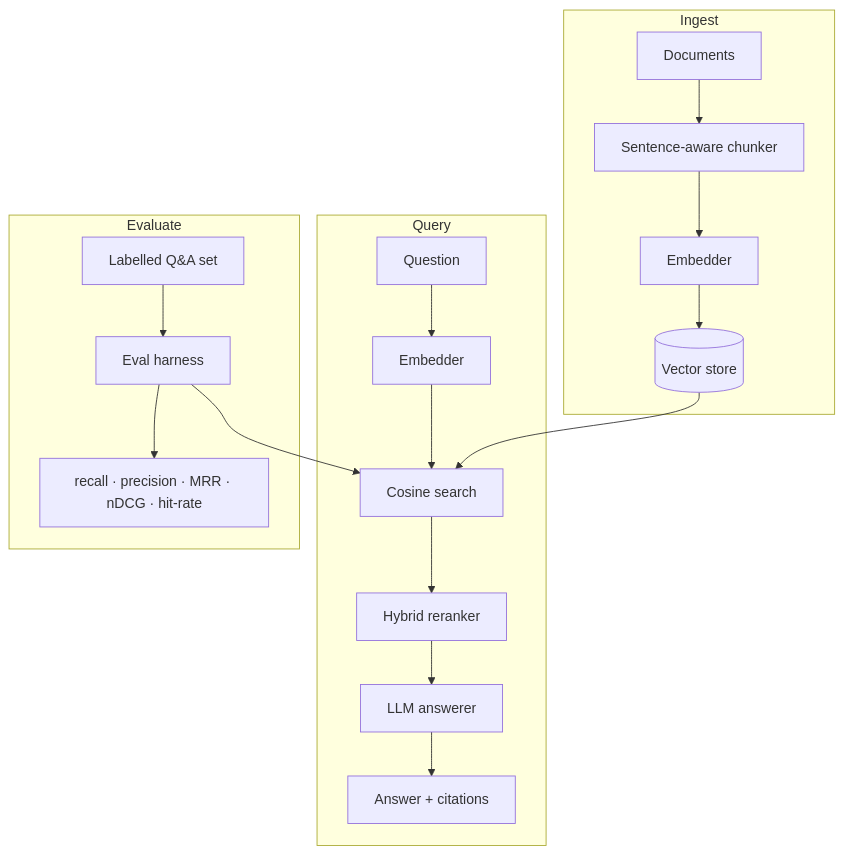
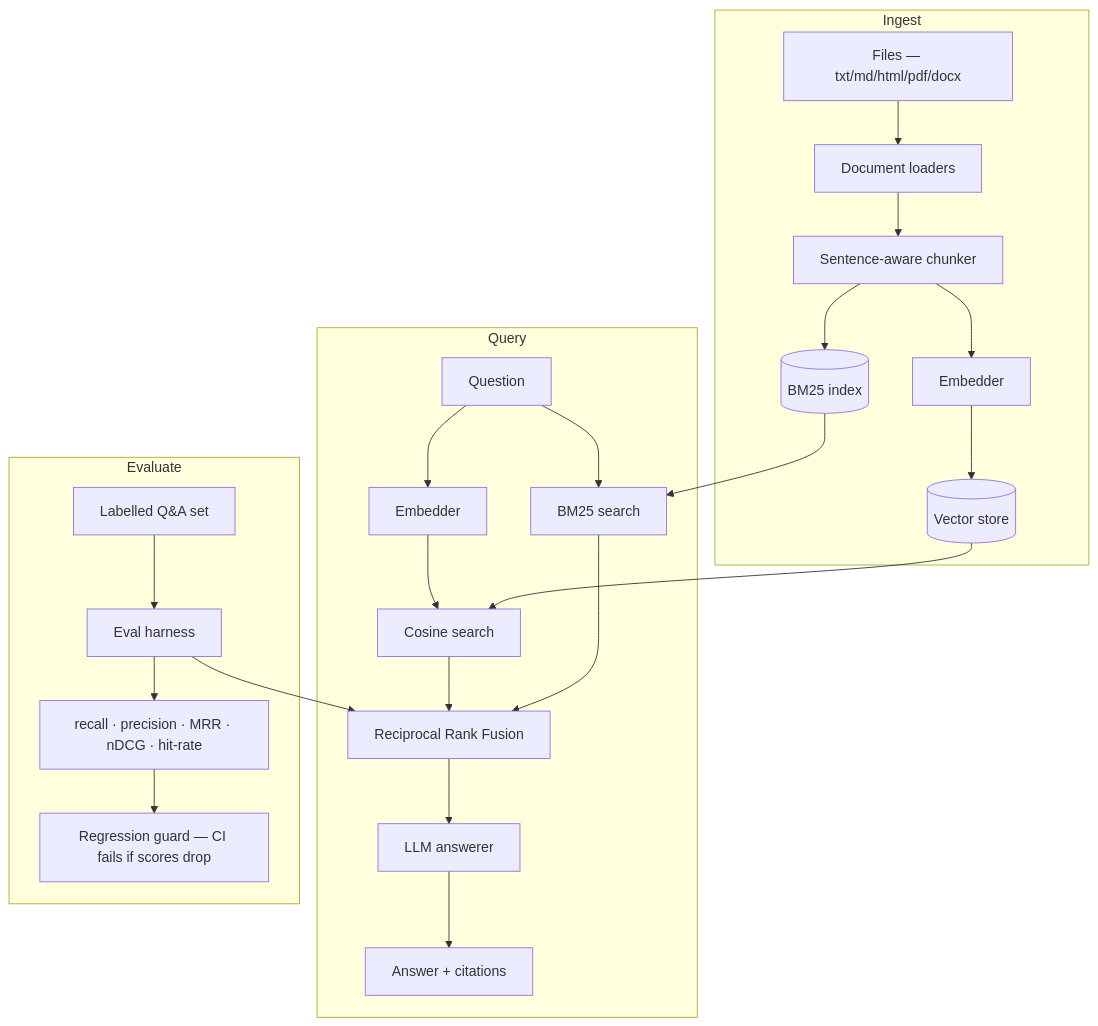
Before and after one commit to WickTech/lumen-rag: the diagram in README.md, drawn with Mermaid. The commit also changed other lines of this file, not shown here.

First line of the commit message:
docs: update README — architecture diagram, test count, eval guard docs

````diff
--- a/README.md
+++ b/README.md
@@ -50,21 +50,27 @@
 ```mermaid
 flowchart TD
     subgraph Ingest
-        D[Documents] --> C[Sentence-aware chunker]
+        F[Files — txt/md/html/pdf/docx] --> LD[Document loaders]
+        LD --> C[Sentence-aware chunker]
         C --> E1[Embedder]
         E1 --> VS[(Vector store)]
+        C --> BM25[(BM25 index)]
     end
     subgraph Query
         Q[Question] --> E2[Embedder]
-        E2 --> S[Cosine search]
-        VS --> S
-        S --> RR[Hybrid reranker]
-        RR --> L[LLM answerer]
+        E2 --> DS[Cosine search]
+        VS --> DS
+        Q --> SS[BM25 search]
+        BM25 --> SS
+        DS --> RRF[Reciprocal Rank Fusion]
+        SS --> RRF
+        RRF --> L[LLM answerer]
         L --> A[Answer + citations]
     end
     subgraph Evaluate
         QS[Labelled Q&A set] --> H[Eval harness]
-        H --> S
+        H --> RRF
         H --> M[recall · precision · MRR · nDCG · hit-rate]
+        M --> G[Regression guard — CI fails if scores drop]
     end
 ```
````
